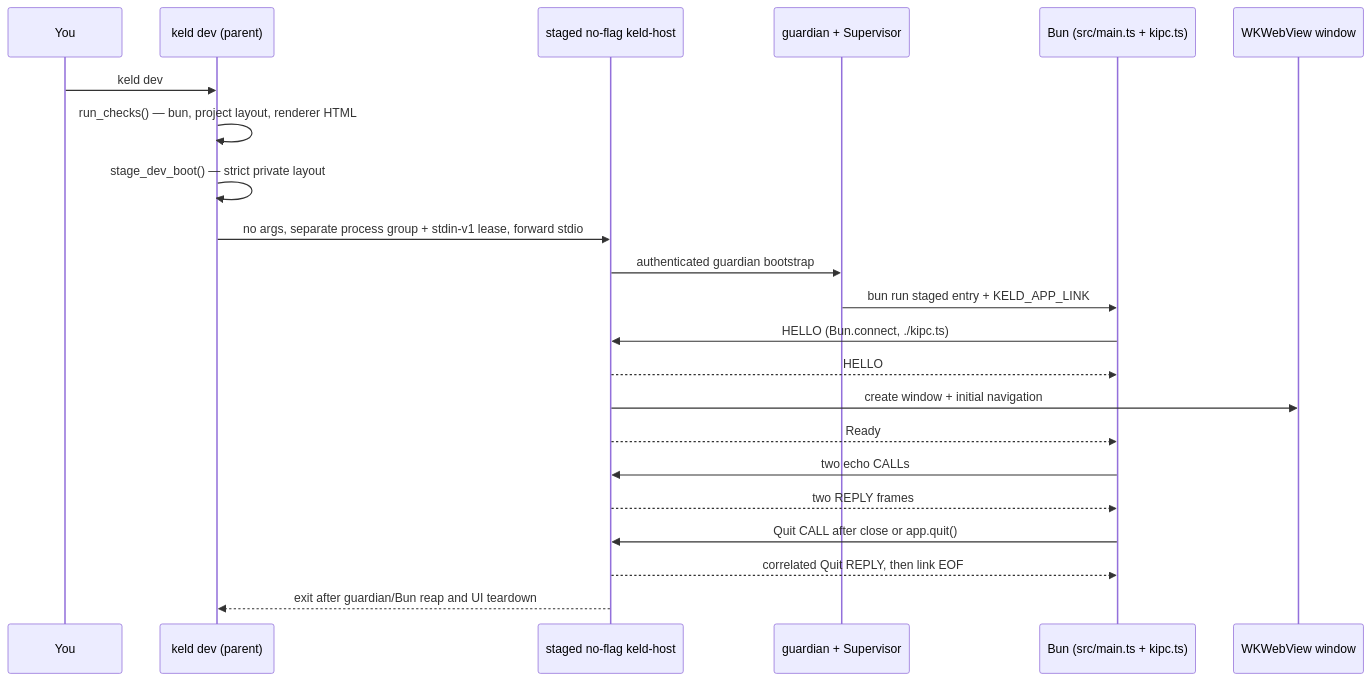
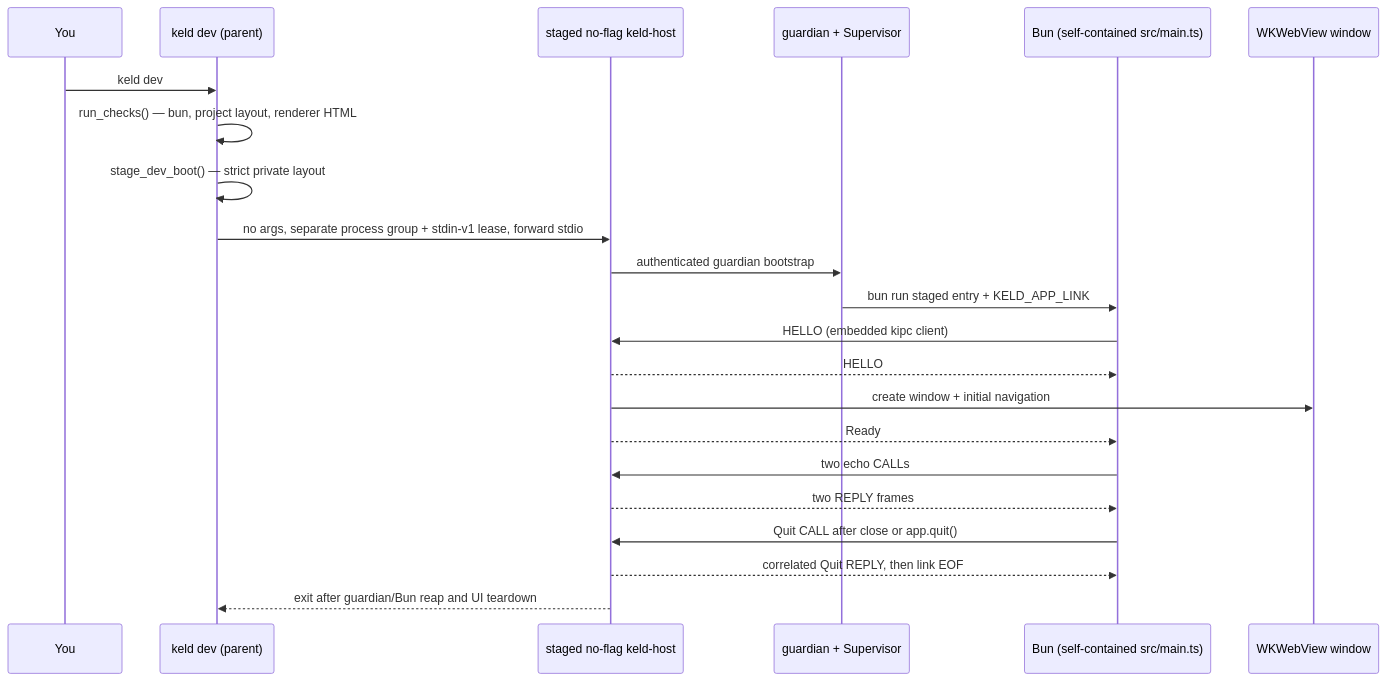
One commit to gyldlab/keld changed the diagram in docs/onboarding/03-api-and-cli-surface.md. Above: the diagram before and after it, drawn with Mermaid. The commit also changed other lines of this file and 13 other files, not shown here.

Commit message:
fix(cli): stage a self-contained hello entry

````diff
--- a/docs/onboarding/03-api-and-cli-surface.md
+++ b/docs/onboarding/03-api-and-cli-surface.md
@@ -702,27 +708,27 @@
 ```mermaid
 sequenceDiagram
     accTitle: Current generated app lifecycle on macOS
     accDescr: A developer runs keld dev. The CLI validates and stages the project, then launches a no-flag host. The host owns the guardian-supervised Bun child, authenticated echo and lifecycle session, and renderer window until Quit or CLI lease loss.
     participant Dev as You
     participant CLI as keld dev (parent)
     participant Host as staged no-flag keld-host
     participant Guard as guardian + Supervisor
-    participant Bun as Bun (src/main.ts + kipc.ts)
+    participant Bun as Bun (self-contained src/main.ts)
     participant Win as WKWebView window
 
     Dev->>CLI: keld dev
     CLI->>CLI: run_checks() — bun, project layout, renderer HTML
     CLI->>CLI: stage_dev_boot() — strict private layout
     CLI->>Host: no args, separate process group + stdin-v1 lease, forward stdio
     Host->>Guard: authenticated guardian bootstrap
     Guard->>Bun: bun run staged entry + KELD_APP_LINK
-    Bun->>Host: HELLO (Bun.connect, ./kipc.ts)
+    Bun->>Host: HELLO (embedded kipc client)
     Host-->>Bun: HELLO
     Host->>Win: create window + initial navigation
     Host-->>Bun: Ready
     Bun->>Host: two echo CALLs
     Host-->>Bun: two REPLY frames
     Bun->>Host: Quit CALL after close or app.quit()
     Host-->>Bun: correlated Quit REPLY, then link EOF
     Host-->>CLI: exit after guardian/Bun reap and UI teardown
 ```
````
